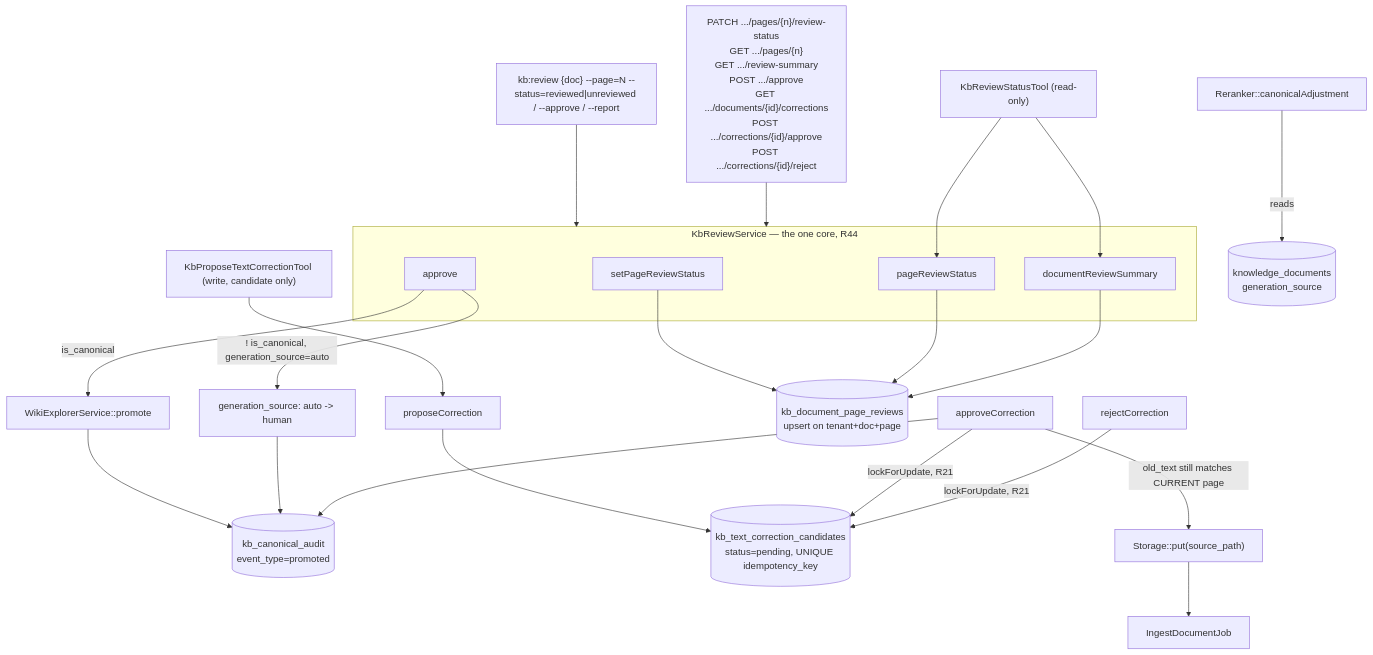
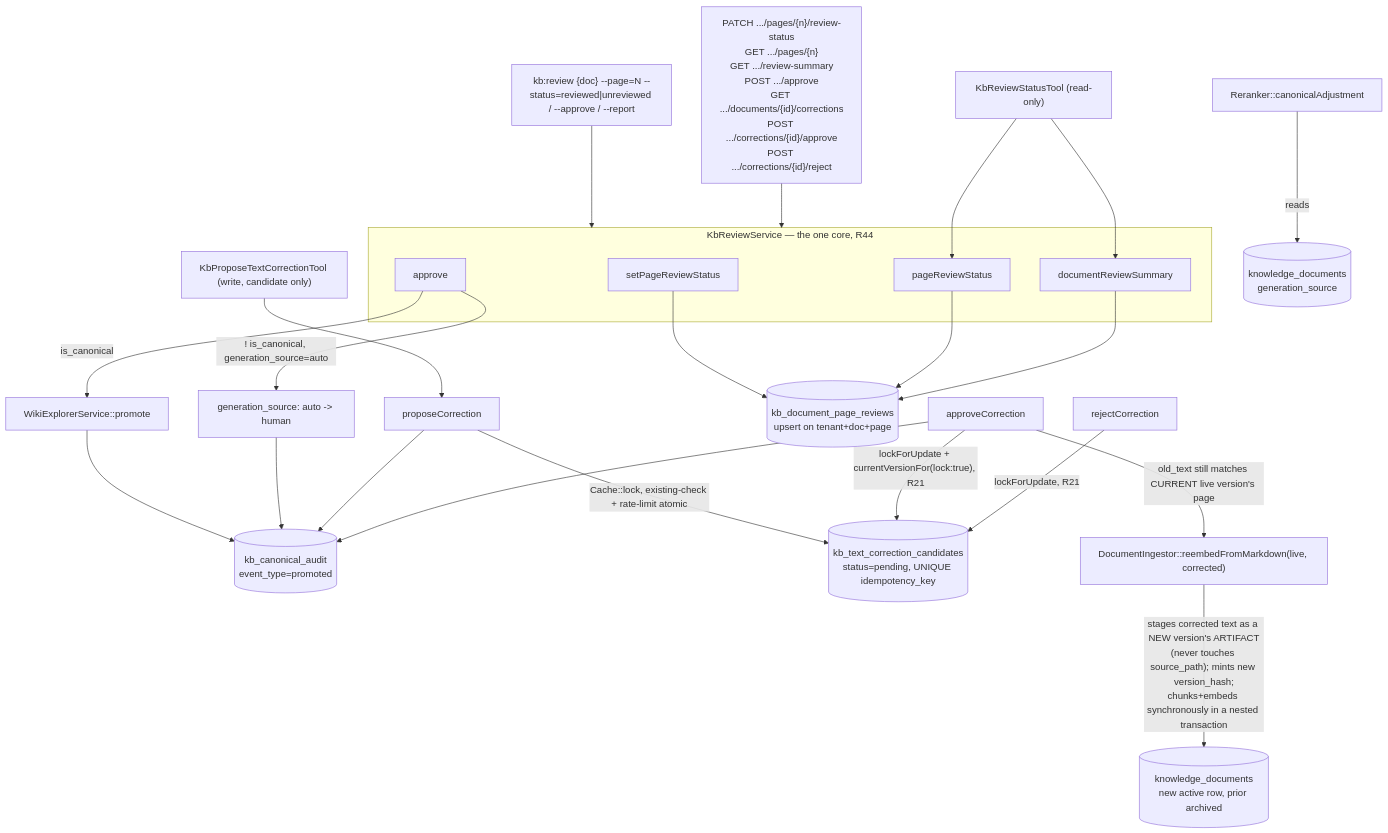
The diagram in docs-site/digitization-review.mdx (lopadova/AskMyDocs), drawn with Mermaid before and after one commit. The commit also changed other lines of this file and 8 other files, not shown here.

````diff
--- a/docs-site/digitization-review.mdx
+++ b/docs-site/digitization-review.mdx
@@ -83,37 +83,38 @@
 ```mermaid
 flowchart TD
     subgraph core[KbReviewService — the one core, R44]
         SET[setPageReviewStatus]
         PAGE[pageReviewStatus]
         SUM[documentReviewSummary]
         APR[approve]
     end
 
     PROP[proposeCorrection]
     APC[approveCorrection]
     REJ[rejectCorrection]
 
     CLI["kb:review {doc} --page=N --status=reviewed|unreviewed / --approve / --report"] --> core
     HTTP["PATCH .../pages/{n}/review-status\nGET .../pages/{n}\nGET .../review-summary\nPOST .../approve\nGET .../documents/{id}/corrections\nPOST .../corrections/{id}/approve\nPOST .../corrections/{id}/reject"] --> core
     MCP["KbReviewStatusTool (read-only)"] --> PAGE
     MCP --> SUM
     MCPW["KbProposeTextCorrectionTool (write, candidate only)"] --> PROP
 
     SET --> ROW[(kb_document_page_reviews\nupsert on tenant+doc+page)]
     PAGE --> ROW
     SUM --> ROW
 
     APR -->|is_canonical| PROMOTE[WikiExplorerService::promote]
     APR -->|"! is_canonical, generation_source=auto"| FLIP["generation_source: auto -> human"]
     PROMOTE --> AUDIT[(kb_canonical_audit\nevent_type=promoted)]
     FLIP --> AUDIT
 
-    PROP --> CAND[(kb_text_correction_candidates\nstatus=pending, UNIQUE idempotency_key)]
-    APC -->|"lockForUpdate, R21"| CAND
+    PROP -->|"Cache::lock, existing-check + rate-limit atomic"| CAND[(kb_text_correction_candidates\nstatus=pending, UNIQUE idempotency_key)]
+    PROP --> AUDIT
+    APC -->|"lockForUpdate + currentVersionFor(lock:true), R21"| CAND
     REJ -->|"lockForUpdate, R21"| CAND
-    APC -->|"old_text still matches CURRENT page"| DISK["Storage::put(source_path)"]
-    DISK --> INGEST[IngestDocumentJob]
+    APC -->|"old_text still matches CURRENT live version's page"| REEMBED["DocumentIngestor::reembedFromMarkdown(live, corrected)"]
+    REEMBED -->|"stages corrected text as a NEW version's ARTIFACT\n(never touches source_path); mints new version_hash;\nchunks+embeds synchronously in a nested transaction"| NEWDOC[(knowledge_documents\nnew active row, prior archived)]
     APC --> AUDIT
 
     RANK[Reranker::canonicalAdjustment] -->|reads| DOC[(knowledge_documents\ngeneration_source)]
 ```
````
